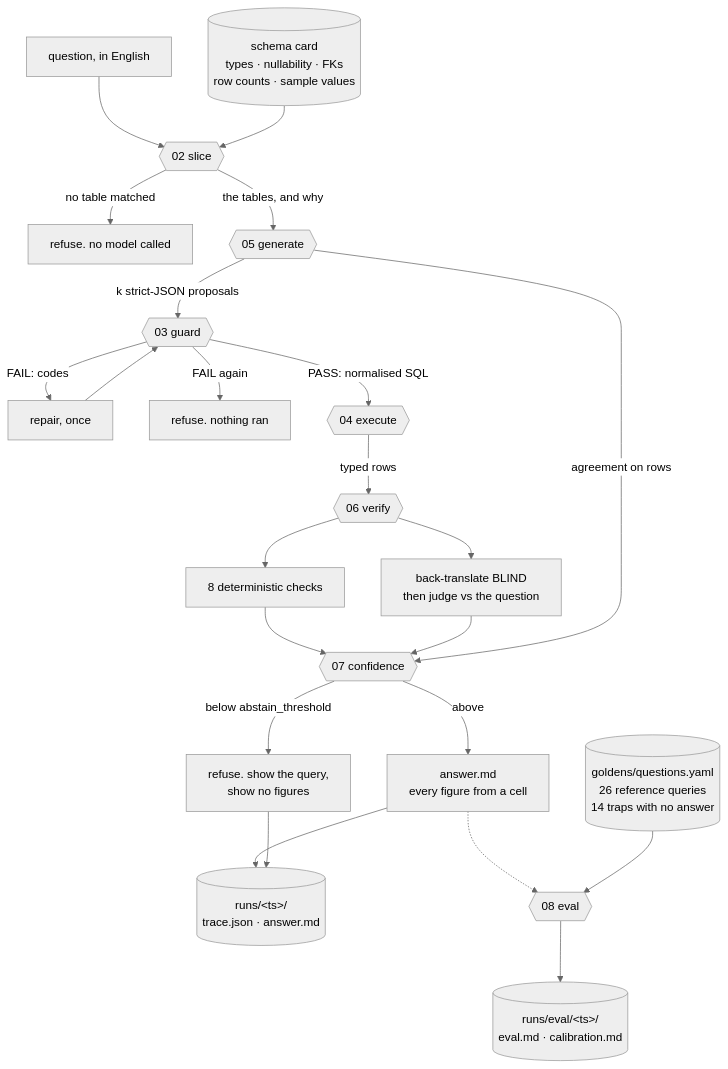
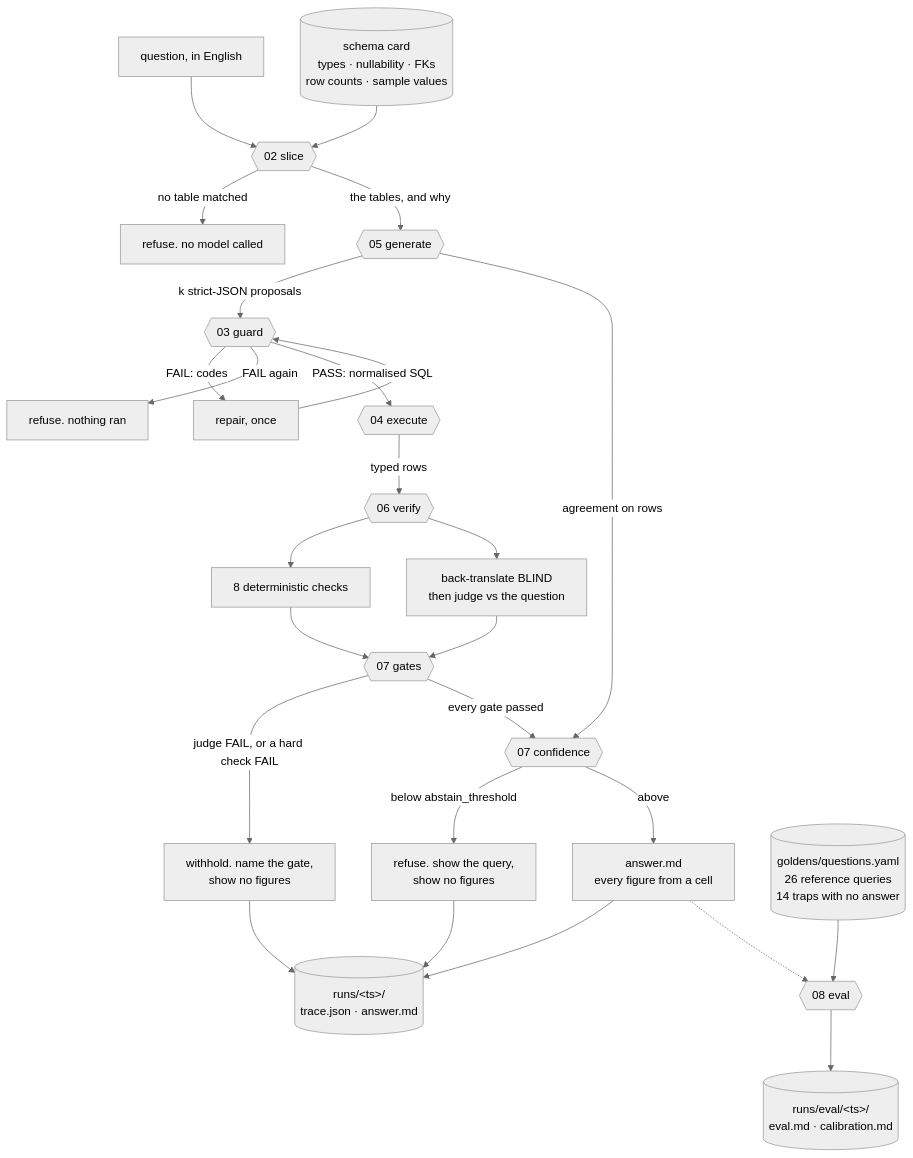
Before and after one commit to DreadpiratePickles/SQeuaL: the diagram in README.md, drawn with Mermaid (neutral theme). The commit also changed other lines of this file and 41 other files, not shown here.

````diff
--- a/README.md
+++ b/README.md
@@ -311,30 +328,33 @@
 ```mermaid
 flowchart TD
     Q["question, in English"] --> SL{{"02 slice"}}
     CARD[("schema card<br/>types · nullability · FKs<br/>row counts · sample values")] --> SL
     SL -->|"no table matched"| REF1["refuse. no model called"]
     SL -->|"the tables, and why"| GEN{{"05 generate"}}
 
     GEN -->|"k strict-JSON proposals"| G{{"03 guard"}}
     G -->|"FAIL: codes"| RP["repair, once"]
     RP --> G
     G -->|"FAIL again"| REF2["refuse. nothing ran"]
     G -->|"PASS: normalised SQL"| EX{{"04 execute"}}
 
     EX -->|"typed rows"| V{{"06 verify"}}
     V --> IC["8 deterministic checks"]
     V --> BT["back-translate BLIND<br/>then judge vs the question"]
 
-    IC --> C{{"07 confidence"}}
-    BT --> C
+    IC --> GT{{"07 gates"}}
+    BT --> GT
+    GT -->|"judge FAIL, or a hard check FAIL"| REF4["withhold. name the gate,<br/>show no figures"]
+    GT -->|"every gate passed"| C{{"07 confidence"}}
     GEN -->|"agreement on rows"| C
     C -->|"below abstain_threshold"| REF3["refuse. show the query,<br/>show no figures"]
     C -->|"above"| A["answer.md<br/>every figure from a cell"]
 
     A --> T[("runs/&lt;ts&gt;/<br/>trace.json · answer.md")]
     REF3 --> T
+    REF4 --> T
 
     A -.-> E{{"08 eval"}}
     GOLD[("goldens/questions.yaml<br/>26 reference queries<br/>14 traps with no answer")] --> E
     E --> OUT[("runs/eval/&lt;ts&gt;/<br/>eval.md · calibration.md")]
 ```
````
